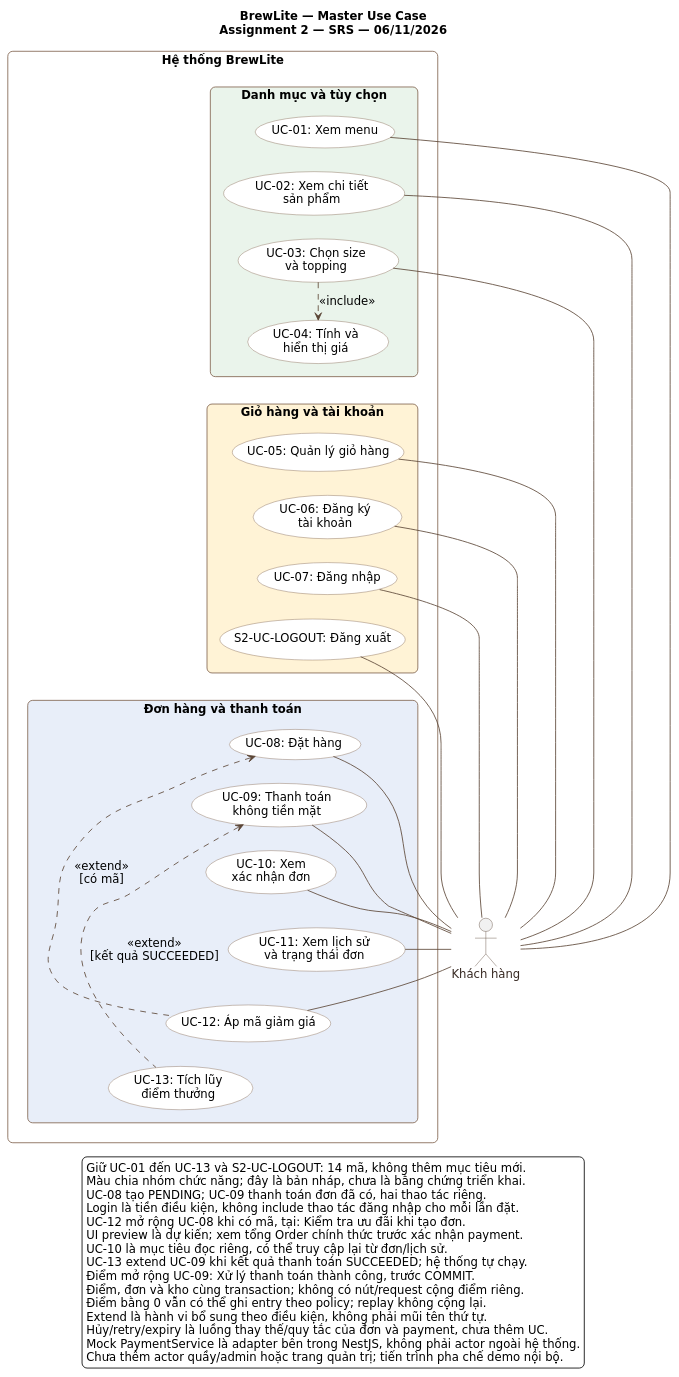
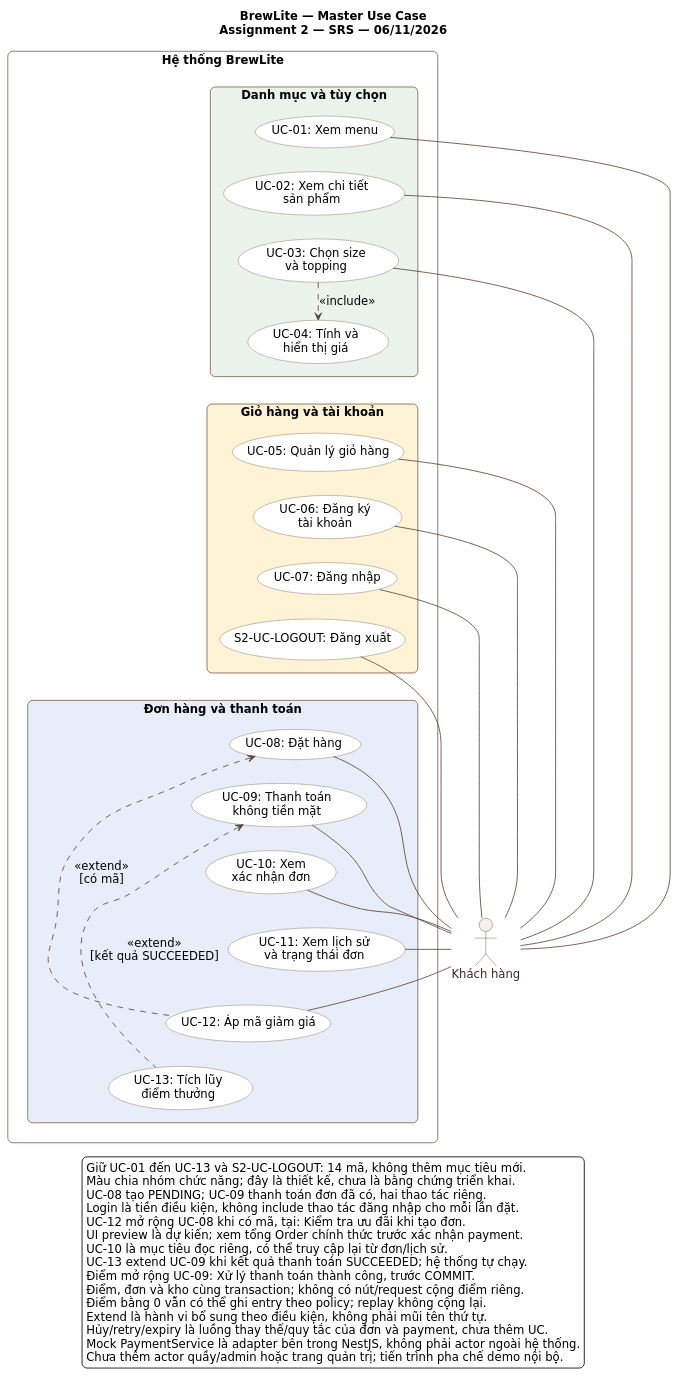
The diagram in docs/diagrams/master-use-case.puml (giabaot400-boop/BrewLite), drawn with PlantUML before and after one commit. The commit also changed 18 other files, not shown here.

```diff
--- a/docs/diagrams/master-use-case.puml
+++ b/docs/diagrams/master-use-case.puml
@@ -1,99 +1,99 @@
 @startuml master-use-case
 skinparam defaultFontName DejaVu Sans
 skinparam defaultFontSize 14
 skinparam shadowing false
 skinparam backgroundColor #FFFFFF
 skinparam ArrowColor #5B4636
 skinparam roundcorner 12
 skinparam packageStyle rectangle
 skinparam noteBackgroundColor #FFF6DA
 skinparam noteBorderColor #B89551
 skinparam actorBorderColor #5B4636
 skinparam actorFontColor #382A23
 skinparam rectangleBorderColor #80644F
 skinparam usecaseBorderColor #80644F
 skinparam entityBorderColor #80644F
 skinparam activityBorderColor #80644F
 skinparam activityBackgroundColor #F9F2E9
 skinparam activityDiamondBackgroundColor #FFF6DA
 skinparam activityDiamondBorderColor #80644F
 skinparam swimlaneBorderColor #C9B9A9
 top to bottom direction
 title BrewLite — Master Use Case\nAssignment 2 — SRS — 06/11/2026
 skinparam usecaseBackgroundColor #FFFFFF
 skinparam nodesep 22
 skinparam ranksep 28
 
 actor "Khách hàng" as Customer
 
 rectangle "Hệ thống BrewLite" {
   package "Danh mục và tùy chọn" as Catalog #EAF4EB {
     usecase "UC-01: Xem menu" as UC01
     usecase "UC-02: Xem chi tiết\nsản phẩm" as UC02
     usecase "UC-03: Chọn size\nvà topping" as UC03
     usecase "UC-04: Tính và\nhiển thị giá" as UC04
   }
   package "Giỏ hàng và tài khoản" as Account #FFF3D6 {
     usecase "UC-05: Quản lý giỏ hàng" as UC05
     usecase "UC-06: Đăng ký\ntài khoản" as UC06
     usecase "UC-07: Đăng nhập" as UC07
     usecase "S2-UC-LOGOUT: Đăng xuất" as Logout
   }
   package "Đơn hàng và thanh toán" as Orders #E8EEF9 {
     usecase "UC-08: Đặt hàng" as UC08
     usecase "UC-09: Thanh toán\nkhông tiền mặt" as UC09
     usecase "UC-10: Xem\nxác nhận đơn" as UC10
     usecase "UC-11: Xem lịch sử\nvà trạng thái đơn" as UC11
     usecase "UC-12: Áp mã giảm giá" as UC12
     usecase "UC-13: Tích lũy\nđiểm thưởng" as UC13
   }
 }
 
 Customer -left- UC01
 Customer -left- UC02
 Customer -left- UC03
 Customer -left- UC05
 Customer -left- UC06
 Customer -left- UC07
 Customer -left- UC08
 Customer -left- Logout
 Customer -left- UC09
 Customer -left- UC10
 Customer -left- UC11
 Customer -left- UC12
 
 UC03 .down.> UC04 : <<include>>
 UC12 .up.> UC08 : <<extend>>\n[có mã]
 UC13 .left.> UC09 : <<extend>>\n[kết quả SUCCEEDED]
 UC04 -[hidden]down-> UC05
 Logout -[hidden]down-> UC08
 UC08 -[hidden]down-> UC09
 UC01 -[hidden]down-> UC02
 UC02 -[hidden]down-> UC03
 UC05 -[hidden]down-> UC06
 UC06 -[hidden]down-> UC07
 UC07 -[hidden]down-> Logout
 UC09 -[hidden]down-> UC10
 UC10 -[hidden]down-> UC11
 UC11 -[hidden]down-> UC12
 UC12 -[hidden]down-> UC13
 
 legend bottom
   Giữ UC-01 đến UC-13 và S2-UC-LOGOUT: 14 mã, không thêm mục tiêu mới.
-  Màu chia nhóm chức năng; đây là bản nháp, chưa là bằng chứng triển khai.
+  Màu chia nhóm chức năng; đây là thiết kế, chưa là bằng chứng triển khai.
   UC-08 tạo PENDING; UC-09 thanh toán đơn đã có, hai thao tác riêng.
   Login là tiền điều kiện, không include thao tác đăng nhập cho mỗi lần đặt.
   UC-12 mở rộng UC-08 khi có mã, tại: Kiểm tra ưu đãi khi tạo đơn.
   UI preview là dự kiến; xem tổng Order chính thức trước xác nhận payment.
   UC-10 là mục tiêu đọc riêng, có thể truy cập lại từ đơn/lịch sử.
   UC-13 extend UC-09 khi kết quả thanh toán SUCCEEDED; hệ thống tự chạy.
   Điểm mở rộng UC-09: Xử lý thanh toán thành công, trước COMMIT.
   Điểm, đơn và kho cùng transaction; không có nút/request cộng điểm riêng.
   Điểm bằng 0 vẫn có thể ghi entry theo policy; replay không cộng lại.
   Extend là hành vi bổ sung theo điều kiện, không phải mũi tên thứ tự.
   Hủy/retry/expiry là luồng thay thế/quy tắc của đơn và payment, chưa thêm UC.
   Mock PaymentService là adapter bên trong NestJS, không phải actor ngoài hệ thống.
   Chưa thêm actor quầy/admin hoặc trang quản trị; tiến trình pha chế demo nội bộ.
 endlegend
 
 @enduml
```
